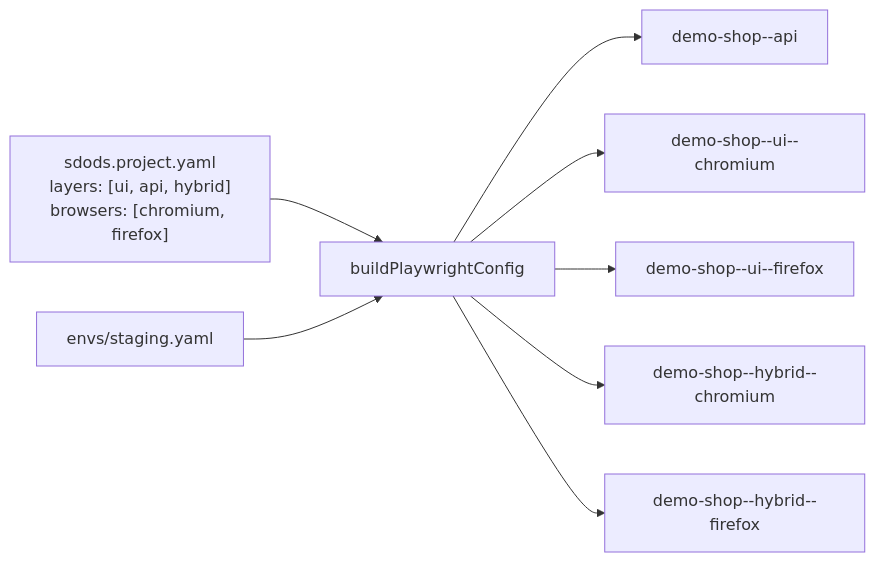
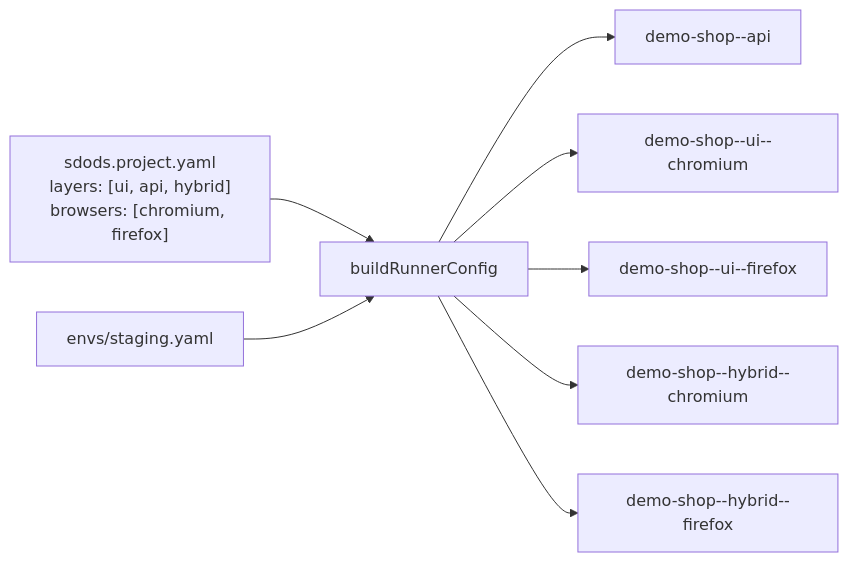
Before and after one commit to YarlisAISolutions/SDODS: the diagram in apps/docs/content/docs/guides/projects-and-environments.mdx, drawn with Mermaid. The commit also changed other lines of this file and 123 other files, not shown here.

First line of the commit message:
Engine-neutral naming: identifiers, paths, schema, docs and CLI

````diff
--- a/apps/docs/content/docs/guides/projects-and-environments.mdx
+++ b/apps/docs/content/docs/guides/projects-and-environments.mdx
@@ -62,10 +62,10 @@
 ```mermaid
 flowchart LR
-  P["sdods.project.yaml<br/>layers: [ui, api, hybrid]<br/>browsers: [chromium, firefox]"] --> G["buildPlaywrightConfig"]
+  P["sdods.project.yaml<br/>layers: [ui, api, hybrid]<br/>browsers: [chromium, firefox]"] --> G["buildRunnerConfig"]
   E["envs/staging.yaml"] --> G
   G --> A["demo-shop--api"]
   G --> U1["demo-shop--ui--chromium"]
   G --> U2["demo-shop--ui--firefox"]
   G --> H1["demo-shop--hybrid--chromium"]
   G --> H2["demo-shop--hybrid--firefox"]
 ```
````
